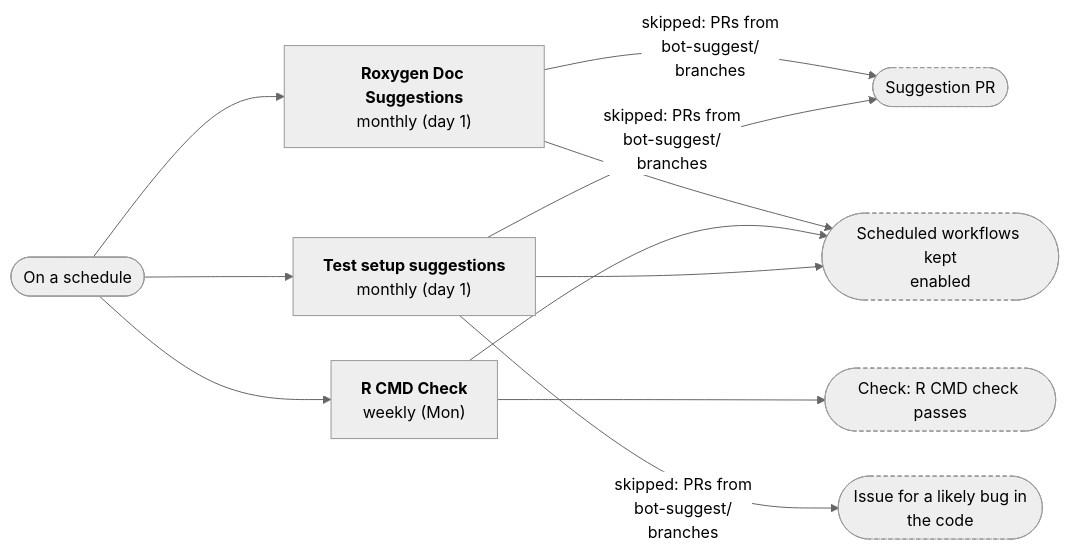
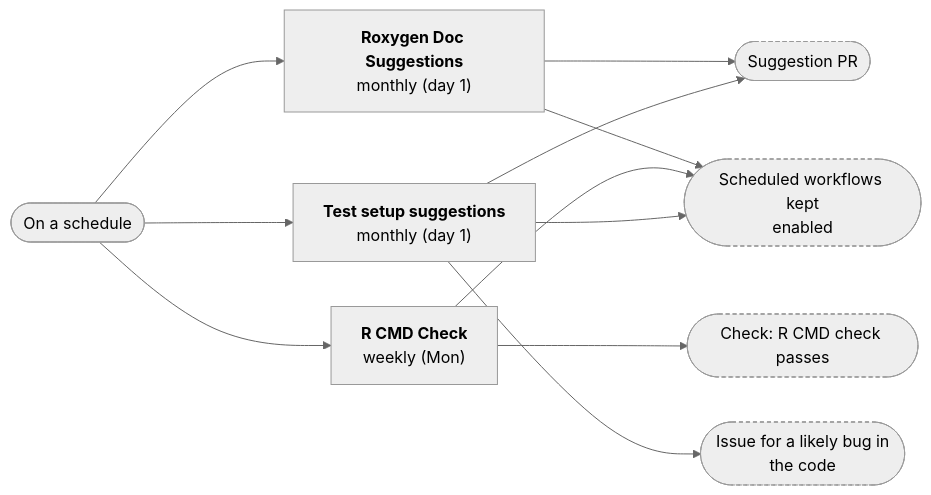
One commit to nfdi4health/dsSupportClient changed the fifth of 5 diagrams in .github/workflow-graphs/README.md. Above: the diagram before and after it, drawn with Mermaid (neutral theme). The commit also changed other lines of this file, not shown here.

Commit message:
docs: update workflow diagrams

````diff
--- a/.github/workflow-graphs/README.md
+++ b/.github/workflow-graphs/README.md
@@ -129,23 +125,23 @@
 ```mermaid
 %%{init: {"flowchart": {"rankSpacing": 140, "nodeSpacing": 45}}}%%
 flowchart LR
   ev(["On a schedule"])
   wf_docs_suggest_yml["<b>Roxygen Doc Suggestions</b><br/>monthly (day 1)"]
   ev --> wf_docs_suggest_yml
   wf_R_CMD_Check_yml["<b>R CMD Check</b><br/>weekly (Mon)"]
   ev --> wf_R_CMD_Check_yml
   wf_test_suggest_yml["<b>Test setup suggestions</b><br/>monthly (day 1)"]
   ev --> wf_test_suggest_yml
   out_1(["Suggestion PR"]):::outcome
   out_2(["Scheduled workflows kept<br/>enabled"]):::outcome
   out_3(["Check: R CMD check passes"]):::outcome
   out_4(["Issue for a likely bug in<br/>the code"]):::outcome
-  wf_docs_suggest_yml -- "skipped: PRs from<br/>bot-suggest/<br/>branches" --> out_1
+  wf_docs_suggest_yml --> out_1
   wf_docs_suggest_yml --> out_2
   wf_R_CMD_Check_yml --> out_3
   wf_R_CMD_Check_yml --> out_2
-  wf_test_suggest_yml -- "skipped: PRs from<br/>bot-suggest/<br/>branches" --> out_1
-  wf_test_suggest_yml -- "skipped: PRs from<br/>bot-suggest/<br/>branches" --> out_4
+  wf_test_suggest_yml --> out_1
+  wf_test_suggest_yml --> out_4
   wf_test_suggest_yml --> out_2
   classDef outcome stroke-dasharray: 4 3
 ```
````
